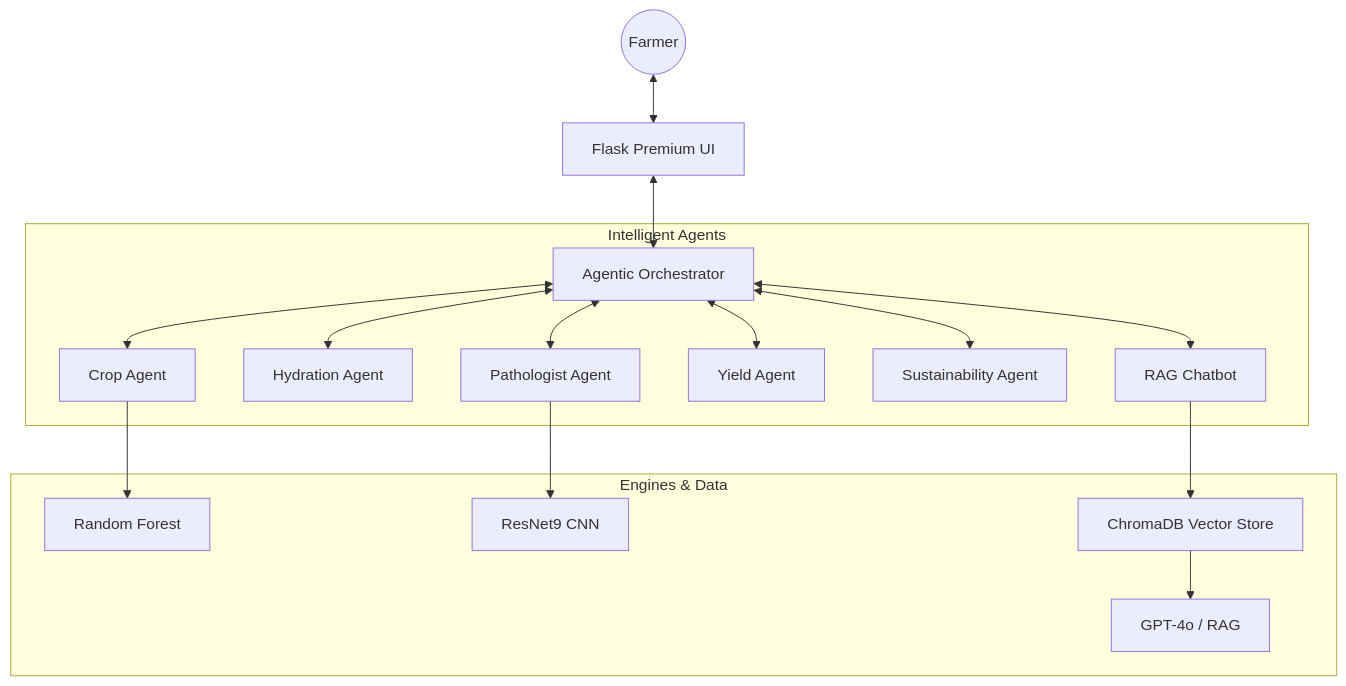
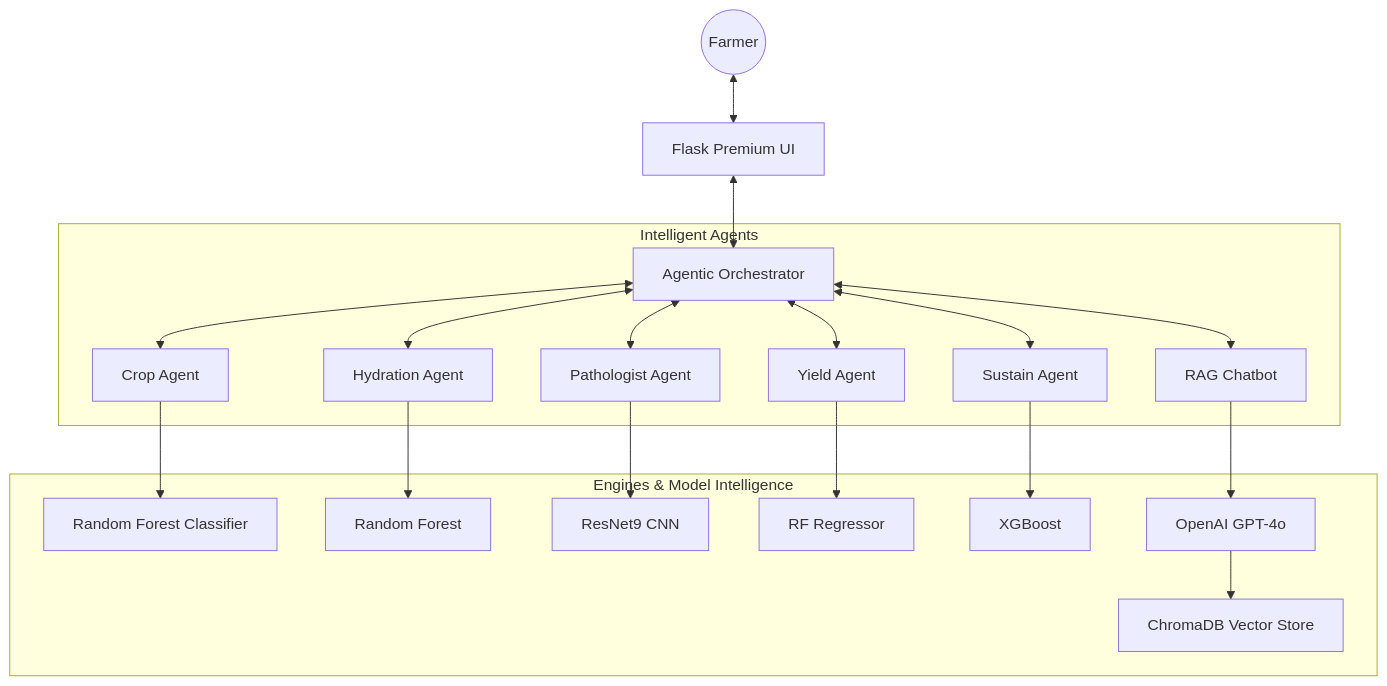
One commit to vannu07/Agro changed the first of 4 diagrams in docs/Detailed_System_Design.md. Above: the diagram before and after it, drawn with Mermaid. The commit also changed other lines of this file, not shown here.

Commit message:
architecture

````diff
--- a/docs/Detailed_System_Design.md
+++ b/docs/Detailed_System_Design.md
@@ -11,21 +11,24 @@
 ```mermaid
 graph TD
     User((Farmer)) <--> UI[Flask Premium UI]
     UI <--> ORCH[Agentic Orchestrator]
     
     subgraph "Intelligent Agents"
         ORCH <--> CA[Crop Agent]
         ORCH <--> HA[Hydration Agent]
         ORCH <--> PA[Pathologist Agent]
         ORCH <--> YA[Yield Agent]
-        ORCH <--> SA[Sustainability Agent]
+        ORCH <--> SA[Sustain Agent]
         ORCH <--> CB[RAG Chatbot]
     end
     
-    subgraph "Engines & Data"
-        CA --> RF[Random Forest]
-        PA --> RES[ResNet9 CNN]
-        CB --> VEC[ChromaDB Vector Store]
-        VEC --> OpenAI[GPT-4o / RAG]
+    subgraph "Engines & Model Intelligence"
+        CA --> CA_M[Random Forest Classifier]
+        HA --> HA_M[Random Forest]
+        PA --> PA_M[ResNet9 CNN]
+        YA --> YA_M[RF Regressor]
+        SA --> SA_M[XGBoost]
+        CB --> CB_M[OpenAI GPT-4o]
+        CB_M --> VEC[ChromaDB Vector Store]
     end
 ```
````
